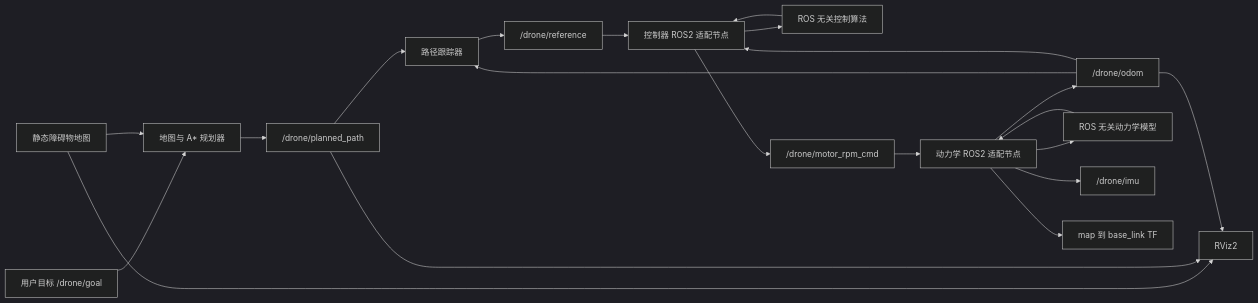
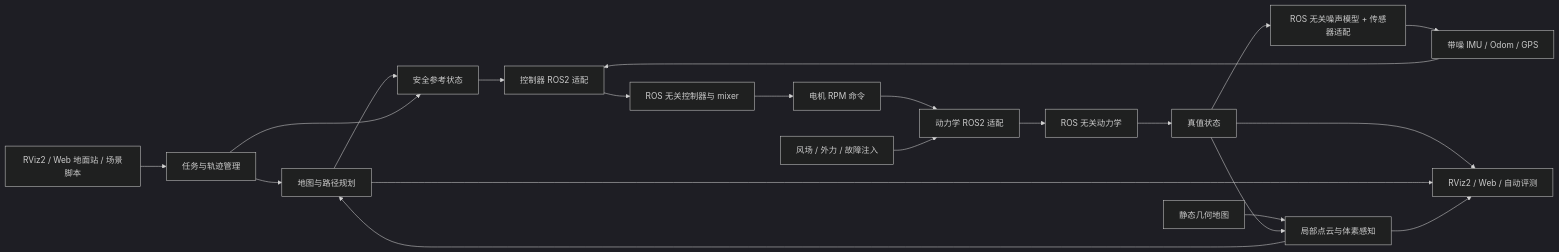
The diagram in 工程规划.md (VMnicht/drone_sim), drawn with Mermaid (dark theme) before and after one commit. The commit also changed other lines of this file and 508 other files, not shown here.

Commit message:
feat: complete ROS2 drone simulator and task dashboard

````diff
--- a/工程规划.md
+++ b/工程规划.md
@@ -116,23 +140,23 @@
 ```mermaid
 flowchart LR
-    Goal["用户目标 /drone/goal"] --> Planner["地图与 A* 规划器"]
-    Map["静态障碍物地图"] --> Planner
-    Planner --> Plan["/drone/planned_path"]
-    Plan --> Follower["路径跟踪器"]
-    Odom["/drone/odom"] --> Follower
-    Follower --> Ref["/drone/reference"]
-    Odom --> ControllerNode["控制器 ROS2 适配节点"]
+    UI["RViz2 / Web 地面站 / 场景脚本"] --> Mission["任务与轨迹管理"]
+    Mission --> Planner["地图与路径规划"]
+    StaticMap["静态几何地图"] --> Perception["局部点云与体素感知"]
+    Perception --> Planner
+    Planner --> Ref["安全参考状态"]
+    Mission --> Ref
+    Truth["真值状态"] --> Sensor["ROS 无关噪声模型 + 传感器适配"]
+    Sensor --> Estimate["带噪 IMU / Odom / GPS"]
+    Estimate --> ControllerNode["控制器 ROS2 适配"]
     Ref --> ControllerNode
-    ControllerNode --> ControllerCore["ROS 无关控制算法"]
-    ControllerCore --> ControllerNode
-    ControllerNode --> RPM["/drone/motor_rpm_cmd"]
-    RPM --> DynamicsNode["动力学 ROS2 适配节点"]
-    DynamicsNode --> DynamicsCore["ROS 无关动力学模型"]
-    DynamicsCore --> DynamicsNode
-    DynamicsNode --> Odom
-    DynamicsNode --> IMU["/drone/imu"]
-    DynamicsNode --> TF["map 到 base_link TF"]
-    Map --> RViz["RViz2"]
-    Plan --> RViz
-    Odom --> RViz
+    ControllerNode --> ControllerCore["ROS 无关控制器与 mixer"]
+    ControllerCore --> RPM["电机 RPM 命令"]
+    RPM --> DynamicsNode["动力学 ROS2 适配"]
+    Wind["风场 / 外力 / 故障注入"] --> DynamicsNode
+    DynamicsNode --> DynamicsCore["ROS 无关动力学"]
+    DynamicsCore --> Truth
+    Truth --> Perception
+    Truth --> Viz["RViz2 / Web / 自动评测"]
+    Planner --> Viz
+    Perception --> Viz
 ```
````
